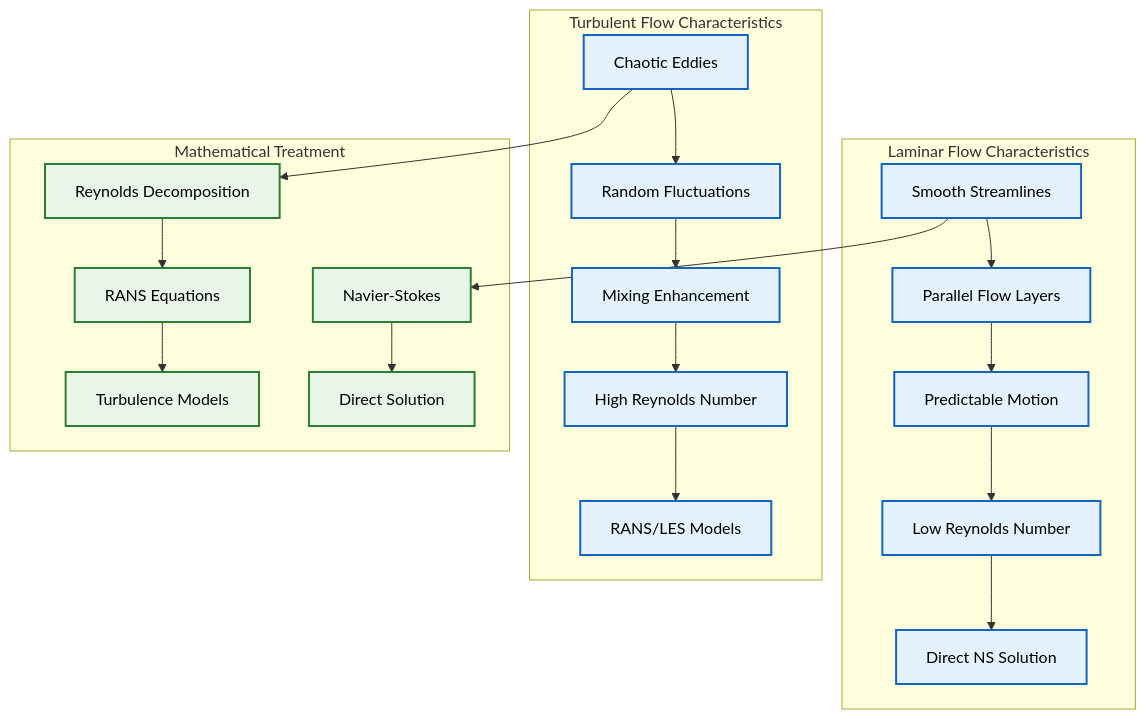
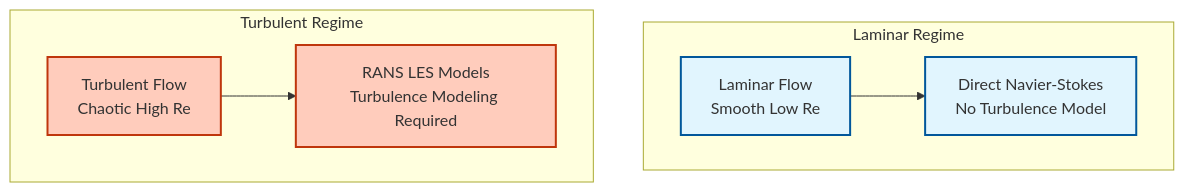
Before and after one commit to wramet/build-my-cfd: the fourth of 4 diagrams in MODULE_01_CFD_FUNDAMENTALS/CONTENT/01_GOVERNING_EQUATIONS/00_Overview.md, drawn with Mermaid. The commit also changed other lines of this file and 313 other files, not shown here.

Commit message:
Revise all diagram

````diff
--- a/MODULE_01_CFD_FUNDAMENTALS/CONTENT/01_GOVERNING_EQUATIONS/00_Overview.md
+++ b/MODULE_01_CFD_FUNDAMENTALS/CONTENT/01_GOVERNING_EQUATIONS/00_Overview.md
@@ -387,33 +378,17 @@
 ```mermaid
-graph TD
-    subgraph "Laminar Flow Characteristics"
-        A["Smooth Streamlines"] --> B["Parallel Flow Layers"]
-        B --> C["Predictable Motion"]
-        C --> D["Low Reynolds Number"]
-        D --> E["Direct NS Solution"]
-    end
+graph TB
+classDef implicit fill:#e1f5fe,stroke:#01579b,stroke-width:2px
+classDef explicit fill:#ffccbc,stroke:#bf360c,stroke-width:2px
+classDef context fill:#f5f5f5,stroke:#616161,stroke-width:2px
+subgraph Laminar["Laminar Regime"]
+    L["Laminar Flow<br/>Smooth Low Re"]:::implicit
+    L_Eq["Direct Navier-Stokes<br/>No Turbulence Model"]:::implicit
+    L --> L_Eq
+end
 
-    subgraph "Turbulent Flow Characteristics"
-        F["Chaotic Eddies"] --> G["Random Fluctuations"]
-        G --> H["Mixing Enhancement"]
-        H --> I["High Reynolds Number"]
-        I --> J["RANS/LES Models"]
-    end
-
-    subgraph "Mathematical Treatment"
-        K["Navier-Stokes"] --> L["Direct Solution"]
-        M["Reynolds Decomposition"] --> N["RANS Equations"]
-        N --> O["Turbulence Models"]
-    end
-
-    A --> K
-    F --> M
-
-    classDef process fill:#e3f2fd,stroke:#1565c0,stroke-width:2px,color:#000;
-    classDef decision fill:#fff9c4,stroke:#fbc02d,stroke-width:2px,color:#000;
-    classDef terminator fill:#ffebee,stroke:#c62828,stroke-width:2px,color:#000;
-    classDef storage fill:#e8f5e9,stroke:#2e7d32,stroke-width:2px,color:#000;
-
-    class A,B,C,D,E,F,G,H,I,J process;
-    class K,L,M,N,O storage;
+subgraph Turbulent["Turbulent Regime"]
+    T["Turbulent Flow<br/>Chaotic High Re"]:::explicit
+    T_Eq["RANS LES Models<br/>Turbulence Modeling Required"]:::explicit
+    T --> T_Eq
+end
 ```
````
